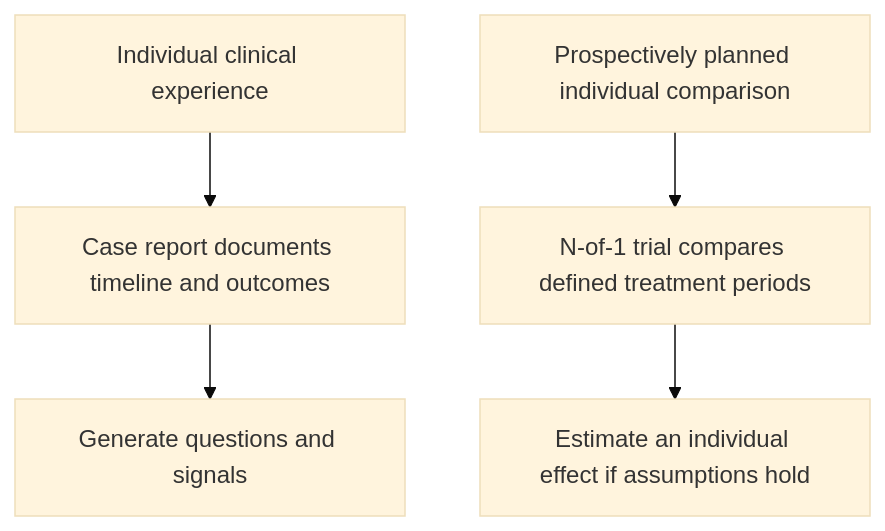
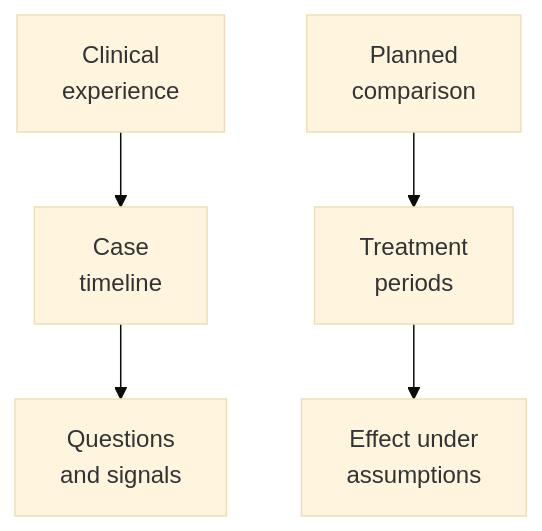
The diagram in wiki/education/concepts/evidence-and-statistics/study-design/case-reports-and-n-of-1.md (jasonLaster/oncoguide), drawn with Mermaid (base theme) before and after one commit. The commit also changed other lines of this file and 52 other files, not shown here.

````diff
--- a/wiki/education/concepts/evidence-and-statistics/study-design/case-reports-and-n-of-1.md
+++ b/wiki/education/concepts/evidence-and-statistics/study-design/case-reports-and-n-of-1.md
@@ -40,7 +40,7 @@
 ```mermaid
 flowchart TD
-  A["Individual clinical experience"] --> B["Case report documents timeline and outcomes"]
-  B --> C["Generate questions and signals"]
-  D["Prospectively planned individual comparison"] --> E["N-of-1 trial compares defined treatment periods"]
-  E --> F["Estimate an individual effect if assumptions hold"]
+  A["Clinical<br/>experience"] --> B["Case<br/>timeline"]
+  B --> C["Questions<br/>and signals"]
+  D["Planned<br/>comparison"] --> E["Treatment<br/>periods"]
+  E --> F["Effect under<br/>assumptions"]
 ```
````
